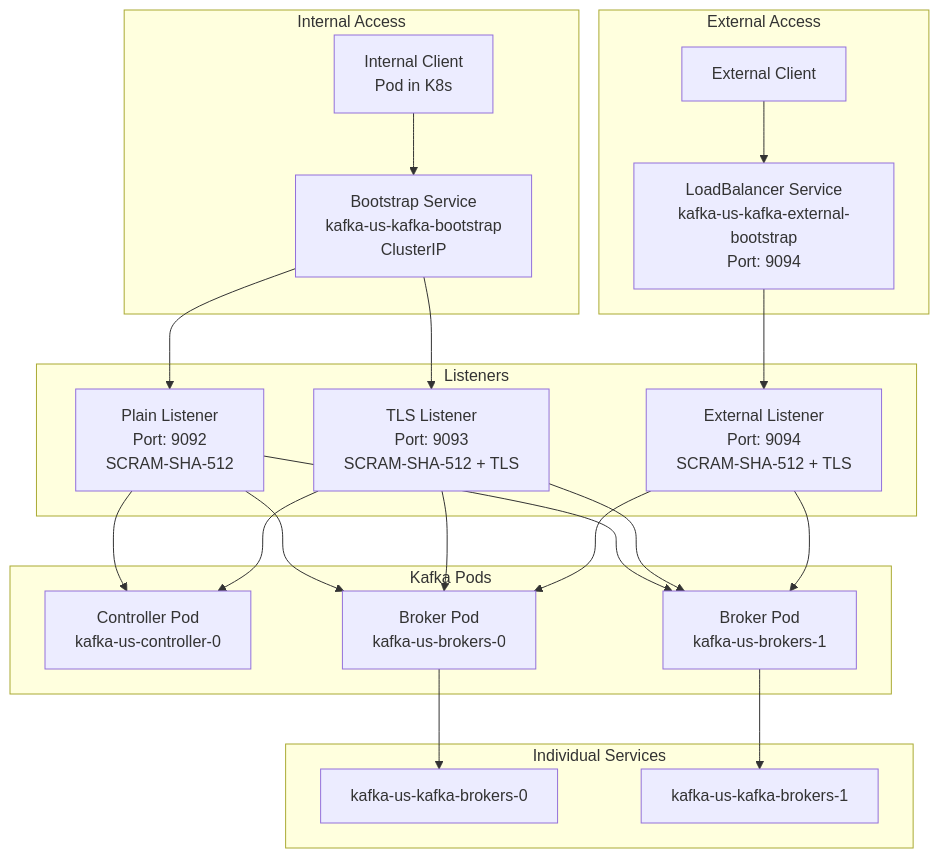
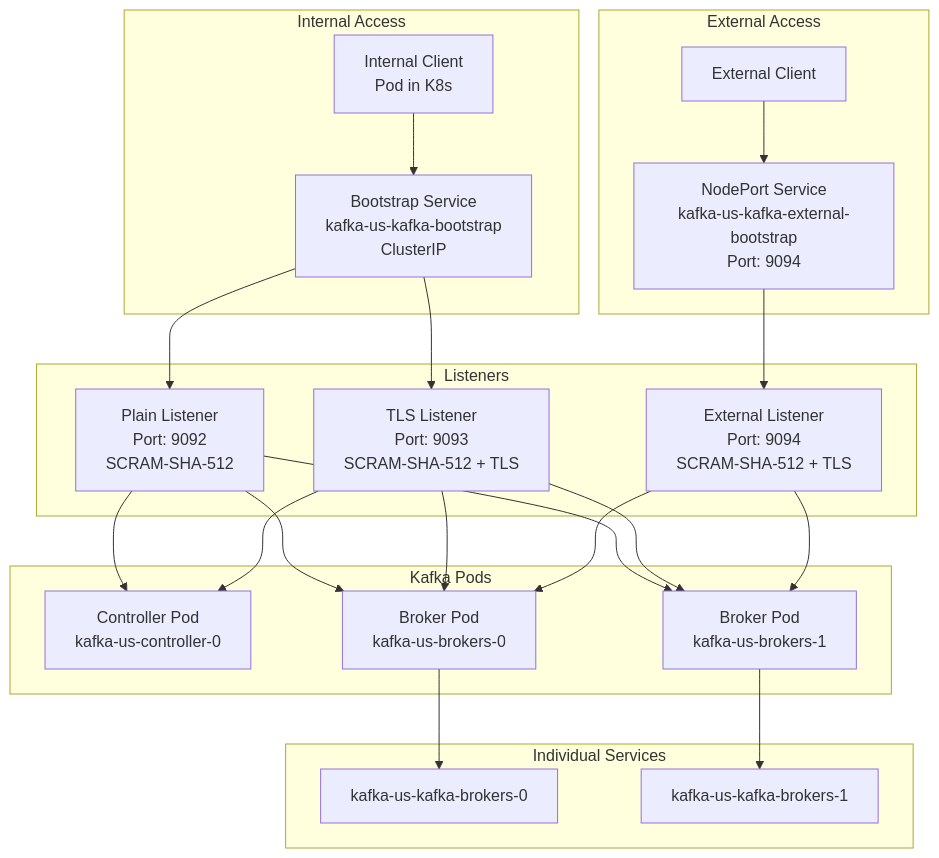
Before and after one commit to canhbk/k3s-ansible: the fifth of 9 diagrams in docs/clusters/us/KAFKA.md, drawn with Mermaid. The commit also changed other lines of this file and 2 other files, not shown here.

First line of the commit message:
feat(kafka): add external access configuration for US cluster

````diff
--- a/docs/clusters/us/KAFKA.md
+++ b/docs/clusters/us/KAFKA.md
@@ -454,50 +455,50 @@
 ```mermaid
 flowchart TB
     subgraph "External Access"
         ExtClient[External Client]
-        LB[LoadBalancer Service<br/>kafka-us-kafka-external-bootstrap<br/>Port: 9094]
+        NP[NodePort Service<br/>kafka-us-kafka-external-bootstrap<br/>Port: 9094]
     end
 
     subgraph "Internal Access"
         IntClient[Internal Client<br/>Pod in K8s]
         Bootstrap[Bootstrap Service<br/>kafka-us-kafka-bootstrap<br/>ClusterIP]
     end
 
     subgraph "Listeners"
         Plain[Plain Listener<br/>Port: 9092<br/>SCRAM-SHA-512]
         TLS[TLS Listener<br/>Port: 9093<br/>SCRAM-SHA-512 + TLS]
         External[External Listener<br/>Port: 9094<br/>SCRAM-SHA-512 + TLS]
     end
 
     subgraph "Kafka Pods"
         Controller[Controller Pod<br/>kafka-us-controller-0]
         Broker0[Broker Pod<br/>kafka-us-brokers-0]
         Broker1[Broker Pod<br/>kafka-us-brokers-1]
     end
 
     subgraph "Individual Services"
         Svc0[kafka-us-kafka-brokers-0]
         Svc1[kafka-us-kafka-brokers-1]
     end
 
-    ExtClient --> LB
-    LB --> External
+    ExtClient --> NP
+    NP --> External
 
     IntClient --> Bootstrap
     Bootstrap --> Plain
     Bootstrap --> TLS
 
     Plain --> Controller
     Plain --> Broker0
     Plain --> Broker1
 
     TLS --> Controller
     TLS --> Broker0
     TLS --> Broker1
 
     External --> Broker0
     External --> Broker1
 
     Broker0 --> Svc0
     Broker1 --> Svc1
 ```
````
